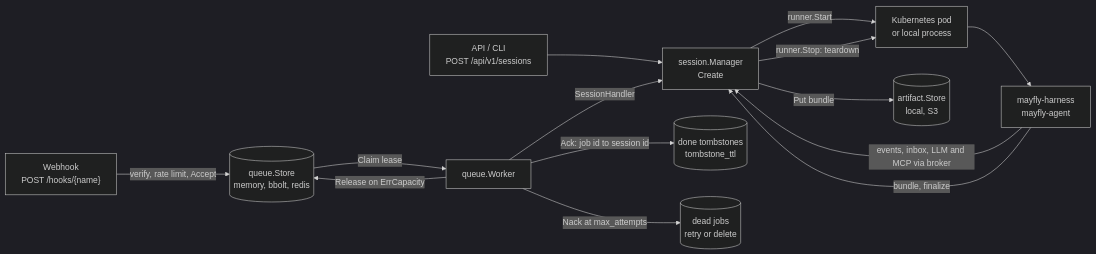
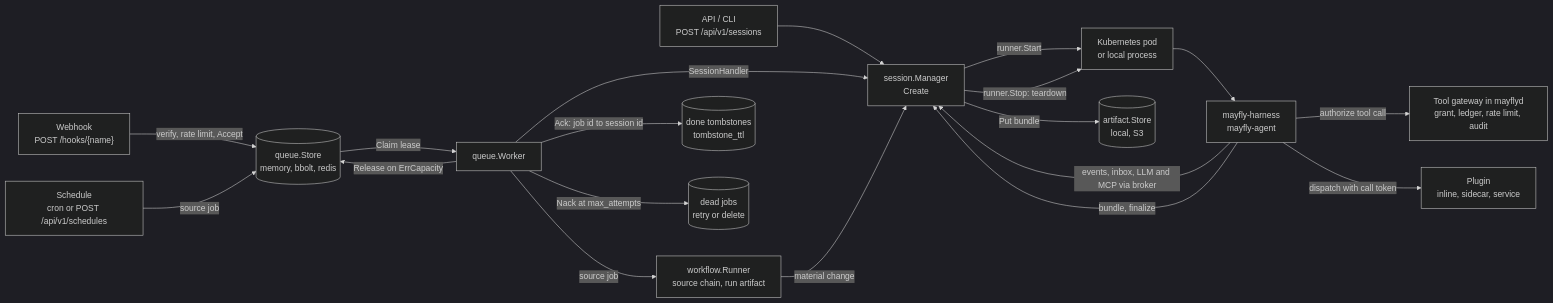
The diagram in README.md (hayfever/mayfly), drawn with Mermaid (dark theme) before and after one commit. The commit also changed other lines of this file and 1 other file, not shown here.

Commit message:
docs: describe the published v0.1.0-rc.2 and add schedules and the tool gateway to the architecture diagram

````diff
--- a/README.md
+++ b/README.md
@@ -36,16 +36,21 @@
 ```mermaid
 flowchart LR
   Hook["Webhook<br/>POST /hooks/{name}"] -->|"verify, rate limit, Accept"| Q[("queue.Store<br/>memory, bbolt, redis")]
   API["API / CLI<br/>POST /api/v1/sessions"] --> M
+  Cron["Schedule<br/>cron or POST /api/v1/schedules"] -->|"source job"| Q
   Q -->|"Claim lease"| W["queue.Worker"]
   W -->|"SessionHandler"| M["session.Manager<br/>Create"]
+  W -->|"source job"| WF["workflow.Runner<br/>source chain, run artifact"]
+  WF -->|"material change"| M
   W -->|"Release on ErrCapacity"| Q
   W -->|"Ack: job id to session id"| Done[("done tombstones<br/>tombstone_ttl")]
   W -->|"Nack at max_attempts"| Dead[("dead jobs<br/>retry or delete")]
   M -->|"runner.Start"| R["Kubernetes pod<br/>or local process"]
   R --> A["mayfly-harness<br/>mayfly-agent"]
   A -->|"events, inbox, LLM and MCP via broker"| M
+  A -->|"authorize tool call"| G["Tool gateway in mayflyd<br/>grant, ledger, rate limit, audit"]
+  A -->|"dispatch with call token"| P["Plugin<br/>inline, sidecar, service"]
   A -->|"bundle, finalize"| M
   M -->|"Put bundle"| S[("artifact.Store<br/>local, S3")]
   M -->|"runner.Stop: teardown"| R
 ```
````
